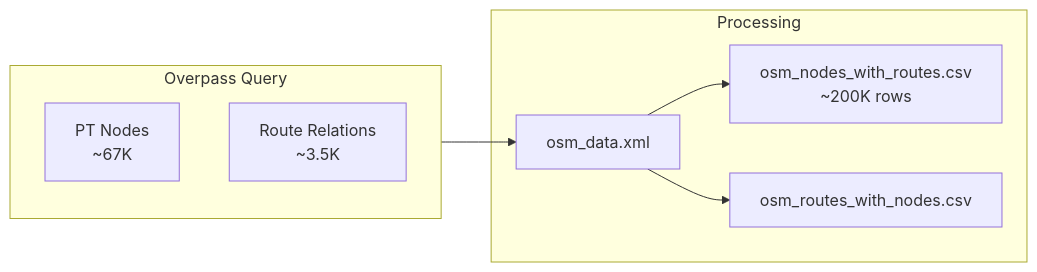
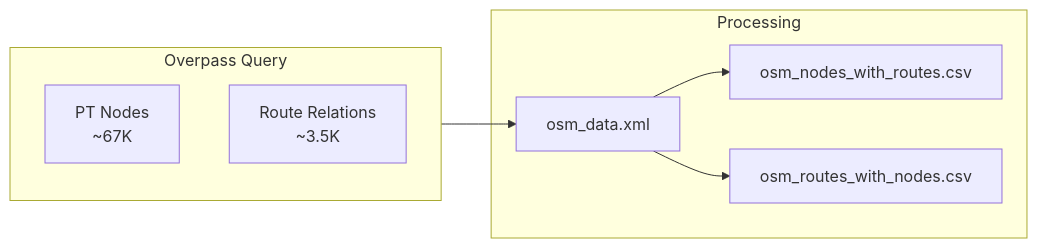
One commit to openTdataCH/stop_sync_osm_atlas changed the diagram in documentation/1.3 OSM data.md. Above: the diagram before and after it, drawn with Mermaid. The commit also changed other lines of this file and 7 other files, not shown here.

````diff
--- a/documentation/1.3 OSM data.md
+++ b/documentation/1.3 OSM data.md
@@ -5,14 +5,14 @@
 ```mermaid
 flowchart LR
     subgraph Query["Overpass Query"]
         N["PT Nodes<br/>~67K"]
         R["Route Relations<br/>~3.5K"]
     end
     
     subgraph Process["Processing"]
-        X[osm_data.xml] --> P1[osm_nodes_with_routes.csv<br/>~200K rows]
+        X[osm_data.xml] --> P1[osm_nodes_with_routes.csv]
         X --> P2[osm_routes_with_nodes.csv]
     end
     
     Query --> X
 ```
````
